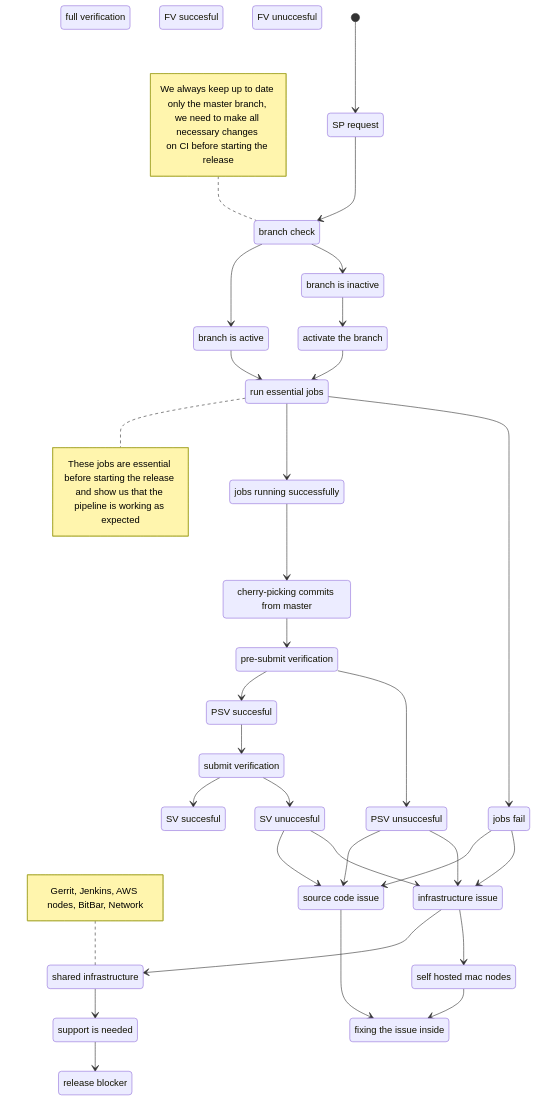
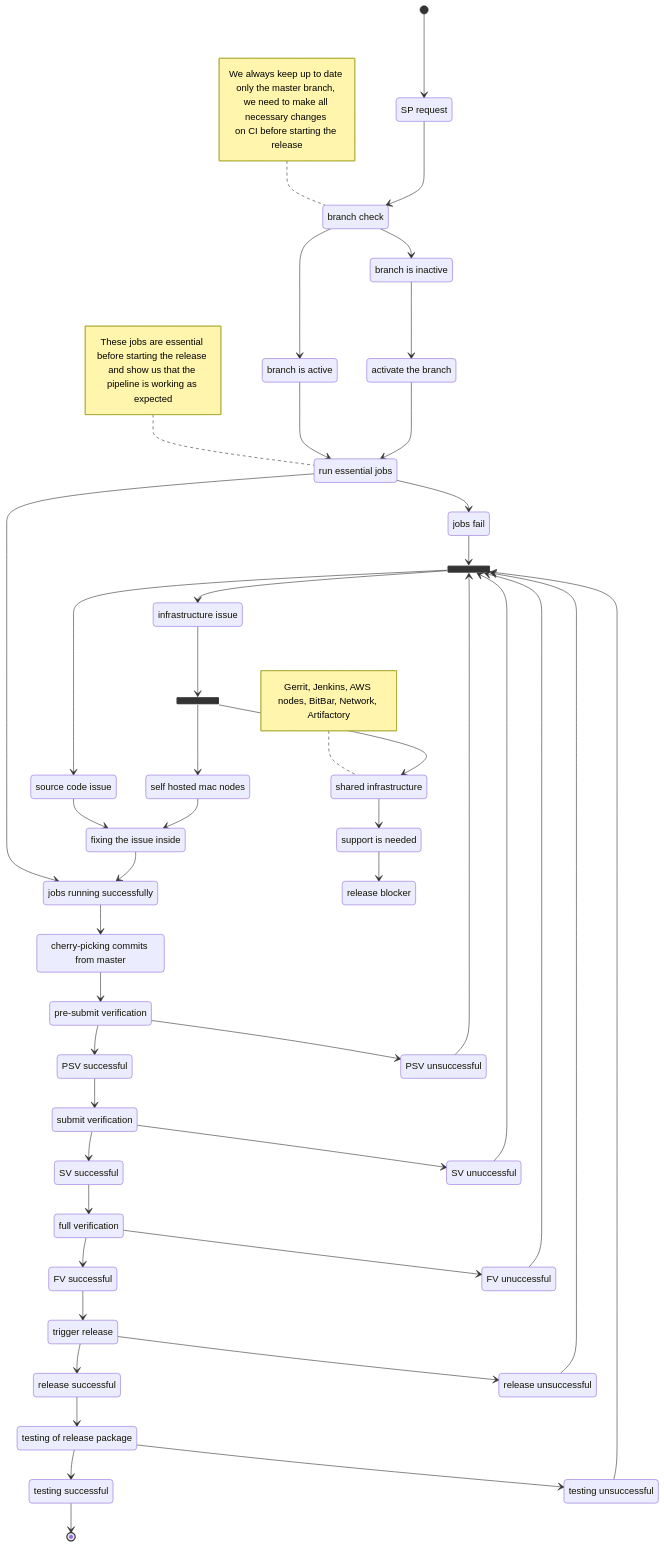
The diagram in README.md (Stradivarius23/markdown), drawn with Mermaid before and after one commit.

````diff
--- a/README.md
+++ b/README.md
@@ -4,5 +4,7 @@
 ```mermaid
 stateDiagram-v2
+  state join_state <<join>>
+  state fork_state <<fork>>
   SP: SP request
   BC: branch check
   BA: branch is active
@@ -12,7 +14,7 @@
   JS: jobs running successfully
   JUS: jobs fail
   SI: source code issue
-  II: infrastructure issue
+  II: infrastructure issue 
   CCI: shared infrastructure
   Mac: self hosted mac nodes
   Fixing: fixing the issue inside
@@ -20,14 +22,20 @@
   Blocker: release blocker
   Cherry_pick: cherry-picking commits from master
   PSV: pre-submit verification
-  PSV_Success: PSV succesful
-  PSV_Unsuccess: PSV unsuccesful
+  PSV_Success: PSV successful
+  PSV_Unsuccess: PSV unsuccessful
   SV: submit verification
-  SV_Success: SV succesful
-  SV_Unsuccess: SV unuccesful
+  SV_Success: SV successful
+  SV_Unsuccess: SV unuccessful
   FV: full verification
-  FV_Success: FV succesful
-  FV_Unsuccess: FV unuccesful
+  FV_Success: FV successful
+  FV_Unsuccess: FV unuccessful
+  Release: trigger release
+  Release_Success: release successful
+  Release_Unsuccess: release unsuccessful
+  Testing: testing of release package
+  Testing_Success: testing successful
+  Testing_Unsuccess: testing unsuccessful
   
   
   note left of BC
@@ -36,13 +44,13 @@
      on CI before starting the release
   end note
 
-  note right of REJ
+  note left of REJ
      These jobs are essential before starting the release 
      and show us that the pipeline is working as expected
   end note
   
   note left of CCI
-      Gerrit, Jenkins, AWS nodes, BitBar, Network
+      Gerrit, Jenkins, AWS nodes, BitBar, Network, Artifactory
   end note
 
 [*] --> SP
@@ -54,24 +62,37 @@
 ABJ --> REJ
 REJ --> JS
 REJ --> JUS
-JUS --> SI
-JUS --> II
-II --> CCI
-II --> Mac
+JUS --> join_state
+II --> fork_state
+fork_state --> Mac
+fork_state --> CCI
 SI --> Fixing
 Mac --> Fixing
+Fixing --> JS
 CCI --> Support
 Support --> Blocker
 JS --> Cherry_pick
 Cherry_pick --> PSV
 PSV --> PSV_Success
 PSV --> PSV_Unsuccess
-PSV_Unsuccess --> SI
-PSV_Unsuccess --> II
+PSV_Unsuccess --> join_state
 PSV_Success --> SV
 SV --> SV_Success
 SV --> SV_Unsuccess
-SV_Unsuccess --> SI
-SV_Unsuccess --> II
-
+SV_Unsuccess --> join_state
+SV_Success --> FV
+FV --> FV_Success
+FV --> FV_Unsuccess
+FV_Unsuccess --> join_state
+join_state --> SI
+join_state --> II
+FV_Success --> Release
+Release --> Release_Success
+Release --> Release_Unsuccess
+Release_Unsuccess --> join_state
+Release_Success --> Testing
+Testing --> Testing_Success
+Testing --> Testing_Unsuccess
+Testing_Unsuccess --> join_state
+Testing_Success --> [*]
 ```
````
